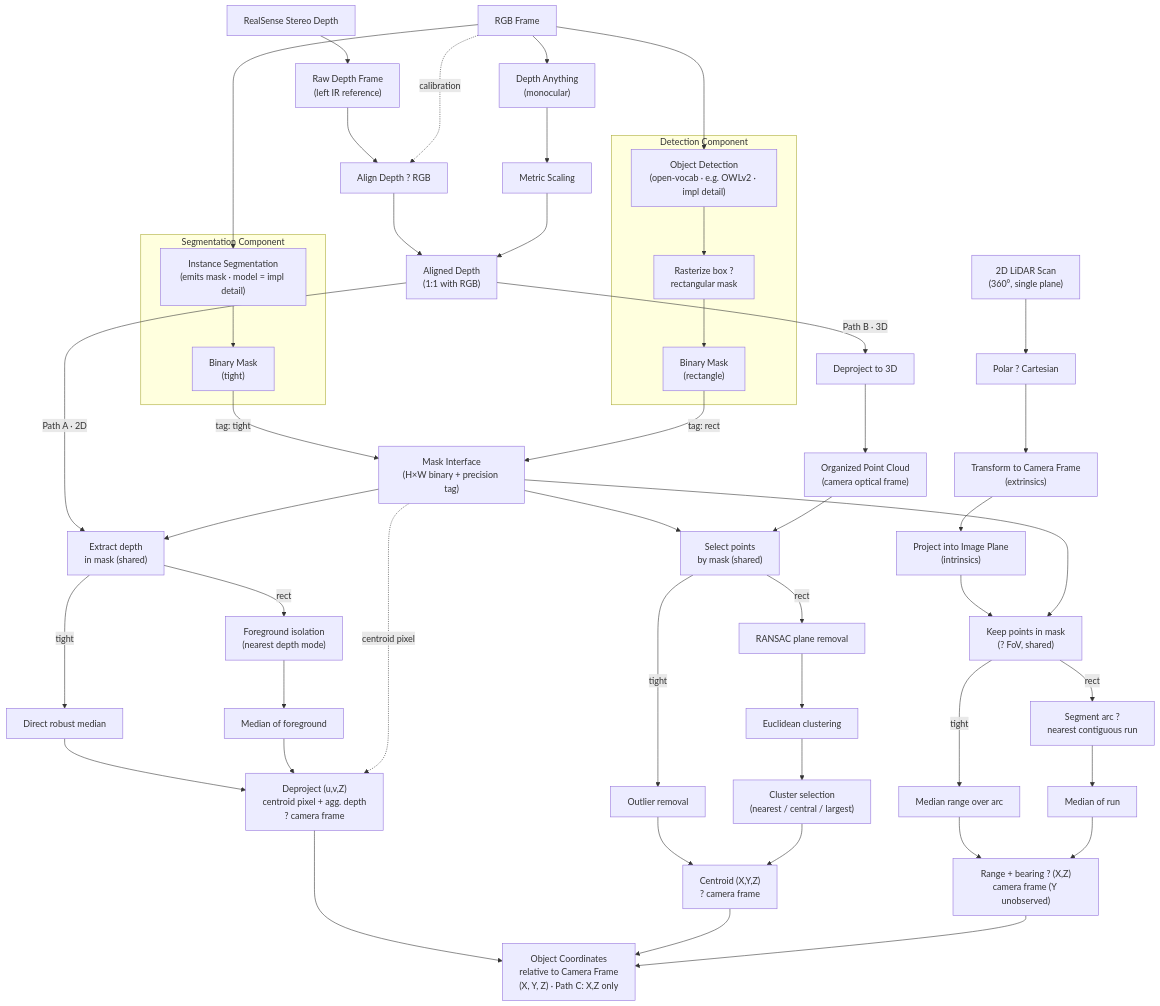
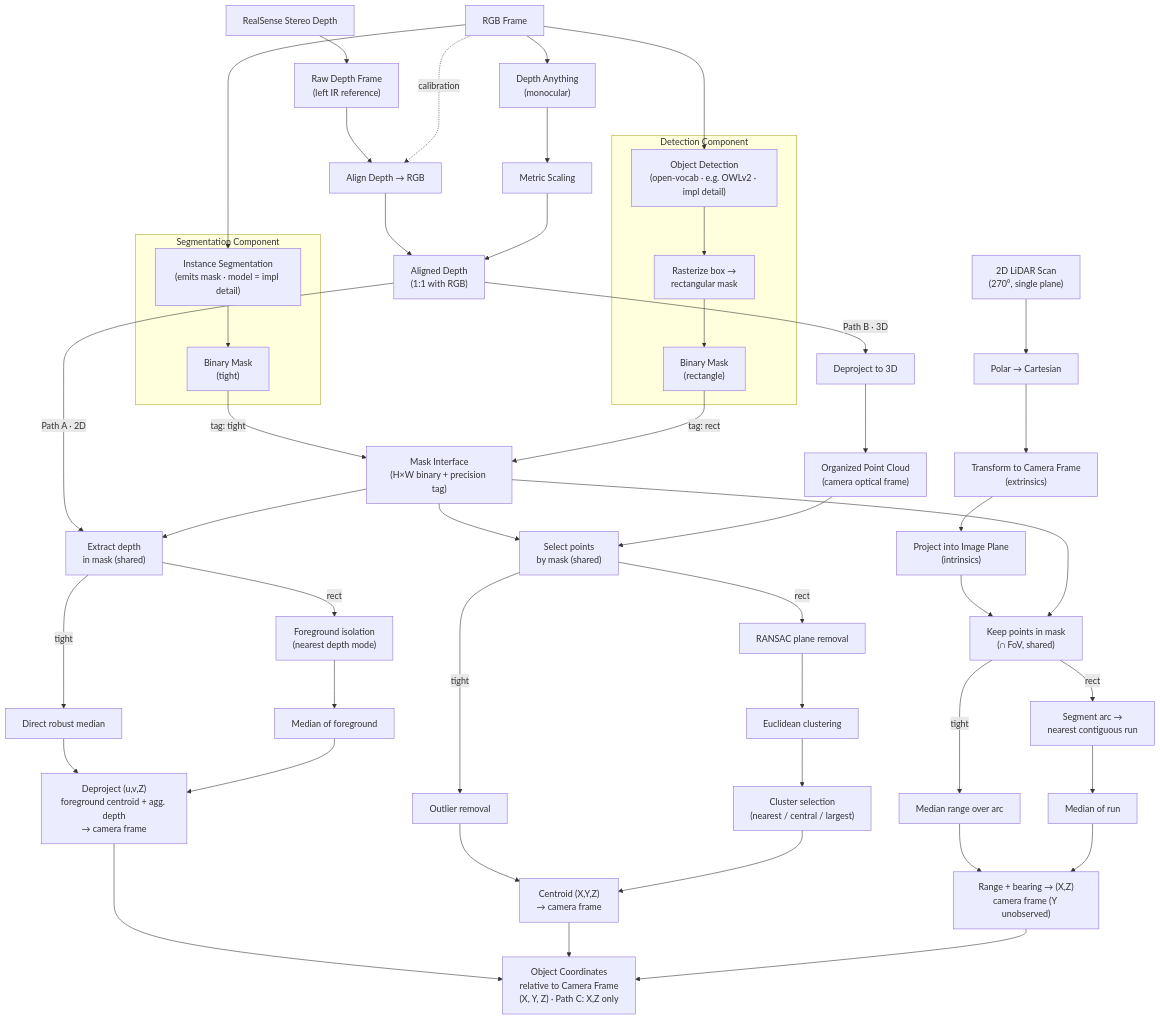
Before and after one commit to Cognitive-Software-Labs/DyNAMO-Ridgeback: the diagram in object_localization_documentation/Object_Localization_Pipeline.md, drawn with Mermaid. The commit also changed other lines of this file and 2 other files, not shown here.

````diff
--- a/object_localization_documentation/Object_Localization_Pipeline.md
+++ b/object_localization_documentation/Object_Localization_Pipeline.md
@@ -83,60 +83,59 @@
 ```mermaid
 flowchart TD
     RGB["RGB Frame"]
 
     subgraph SEGCOMP["Segmentation Component"]
         SEG["Instance Segmentation<br/>(emits mask · model = impl detail)"] --> MASK_S["Binary Mask<br/>(tight)"]
     end
     subgraph DETCOMP["Detection Component"]
-        DET["Object Detection<br/>(open-vocab · e.g. OWLv2 · impl detail)"] --> RAST["Rasterize box ?<br/>rectangular mask"]
+        DET["Object Detection<br/>(open-vocab · e.g. OWLv2 · impl detail)"] --> RAST["Rasterize box →<br/>rectangular mask"]
         RAST --> MASK_B["Binary Mask<br/>(rectangle)"]
     end
     RGB --> SEG
     RGB --> DET
 
     MASK_S -->|"tag: tight"| IFACE["Mask Interface<br/>(H×W binary + precision tag)"]
     MASK_B -->|"tag: rect"| IFACE
 
     RGB --> DA["Depth Anything<br/>(monocular)"]
     STEREO["RealSense Stereo Depth"] --> RAW["Raw Depth Frame<br/>(left IR reference)"]
-    RAW --> ALIGN["Align Depth ? RGB"]
+    RAW --> ALIGN["Align Depth → RGB"]
     RGB -.calibration.-> ALIGN
     ALIGN --> ALIGNED["Aligned Depth<br/>(1:1 with RGB)"]
     DA --> SCALE["Metric Scaling"]
     SCALE --> ALIGNED
 
     ALIGNED -->|"Path A · 2D"| EXTRACT["Extract depth<br/>in mask (shared)"]
     IFACE --> EXTRACT
     EXTRACT -->|tight| A_T["Direct robust median"]
     EXTRACT -->|rect| A_R["Foreground isolation<br/>(nearest depth mode)"]
     A_R --> A_R2["Median of foreground"]
-    A_T --> A_COORD["Deproject (u,v,Z)<br/>centroid pixel + agg. depth<br/>? camera frame"]
+    A_T --> A_COORD["Deproject (u,v,Z)<br/>foreground centroid + agg. depth<br/>→ camera frame"]
     A_R2 --> A_COORD
-    IFACE -.centroid pixel.-> A_COORD
 
     ALIGNED -->|"Path B · 3D"| DEPROJ["Deproject to 3D"]
     DEPROJ --> CLOUD["Organized Point Cloud<br/>(camera optical frame)"]
     IFACE --> SELECT["Select points<br/>by mask (shared)"]
     CLOUD --> SELECT
     SELECT -->|tight| B_T["Outlier removal"]
     SELECT -->|rect| B_R1["RANSAC plane removal"]
     B_R1 --> B_R2["Euclidean clustering"]
     B_R2 --> B_R3["Cluster selection<br/>(nearest / central / largest)"]
-    B_T --> B_COORD["Centroid (X,Y,Z)<br/>? camera frame"]
+    B_T --> B_COORD["Centroid (X,Y,Z)<br/>→ camera frame"]
     B_R3 --> B_COORD
 
-    LIDAR["2D LiDAR Scan<br/>(360°, single plane)"] --> L_XY["Polar ? Cartesian"]
+    LIDAR["2D LiDAR Scan<br/>(270°, single plane)"] --> L_XY["Polar → Cartesian"]
     L_XY --> L_TF["Transform to Camera Frame<br/>(extrinsics)"]
     L_TF --> L_PROJ["Project into Image Plane<br/>(intrinsics)"]
-    L_PROJ --> L_SEL["Keep points in mask<br/>(? FoV, shared)"]
+    L_PROJ --> L_SEL["Keep points in mask<br/>(∩ FoV, shared)"]
     IFACE --> L_SEL
     L_SEL -->|tight| C_T["Median range over arc"]
-    L_SEL -->|rect| C_R["Segment arc ?<br/>nearest contiguous run"]
+    L_SEL -->|rect| C_R["Segment arc →<br/>nearest contiguous run"]
     C_R --> C_R2["Median of run"]
-    C_T --> C_COORD["Range + bearing ? (X,Z)<br/>camera frame (Y unobserved)"]
+    C_T --> C_COORD["Range + bearing → (X,Z)<br/>camera frame (Y unobserved)"]
     C_R2 --> C_COORD
 
     A_COORD --> FINAL["Object Coordinates<br/>relative to Camera Frame<br/>(X, Y, Z) · Path C: X,Z only"]
     B_COORD --> FINAL
     C_COORD --> FINAL
 ```
````
